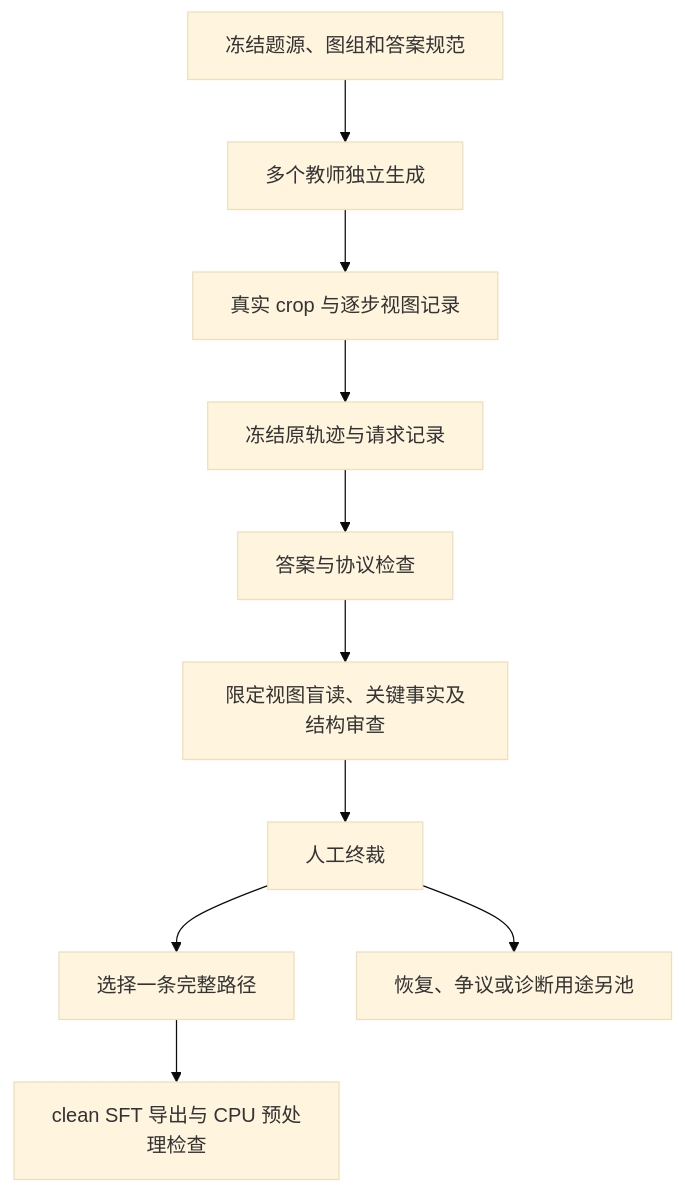
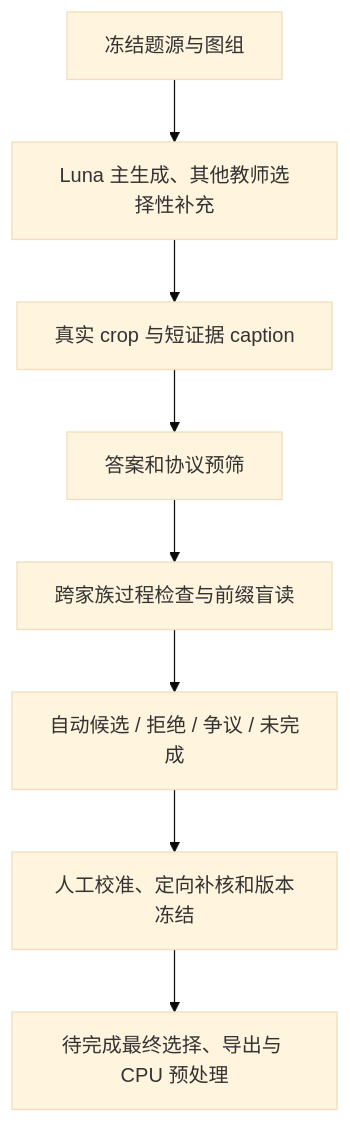
Before and after one commit to CrepuscularIRIS/vlm-caption-trajectories: the diagram in README.md, drawn with Mermaid (base theme). The commit also changed other lines of this file and 44 other files, not shown here.

````diff
--- a/README.md
+++ b/README.md
@@ -51,12 +61,10 @@
 ```mermaid
 flowchart TD
-    A[冻结题源、图组和答案规范] --> B[多个教师独立生成]
-    B --> C[真实 crop 与逐步视图记录]
-    C --> D[冻结原轨迹与请求记录]
-    D --> E[答案与协议检查]
-    E --> F[限定视图盲读、关键事实及结构审查]
-    F --> G[人工终裁]
-    G --> H[选择一条完整路径]
-    H --> I[clean SFT 导出与 CPU 预处理检查]
-    G --> J[恢复、争议或诊断用途另池]
+    A[冻结题源与图组] --> B[Luna 主生成、其他教师选择性补充]
+    B --> C[真实 crop 与短证据 caption]
+    C --> D[答案和协议预筛]
+    D --> E[跨家族过程检查与前缀盲读]
+    E --> F[自动候选 / 拒绝 / 争议 / 未完成]
+    F --> G[人工校准、定向补核和版本冻结]
+    G --> H[待完成最终选择、导出与 CPU 预处理]
 ```
````
